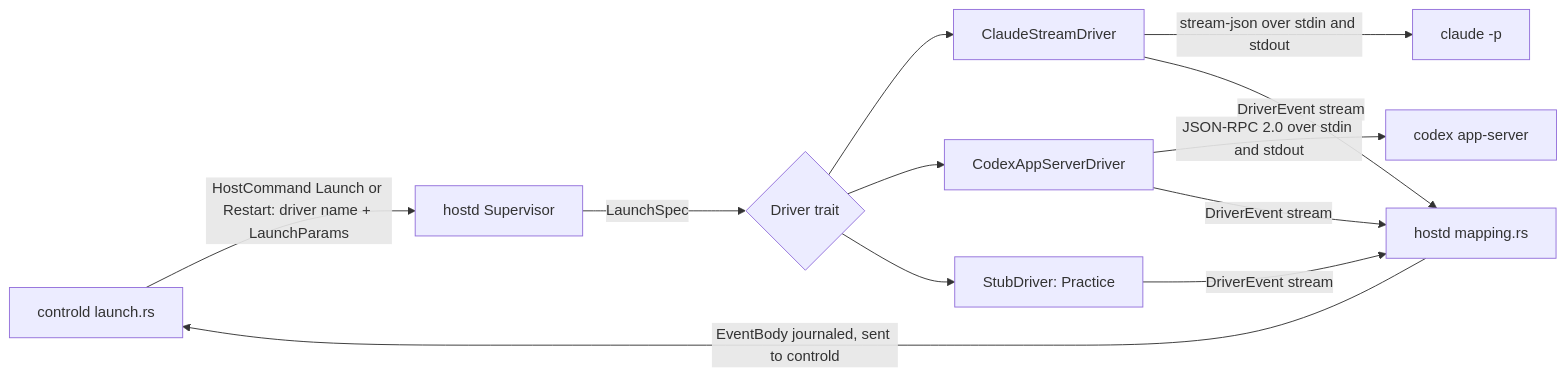
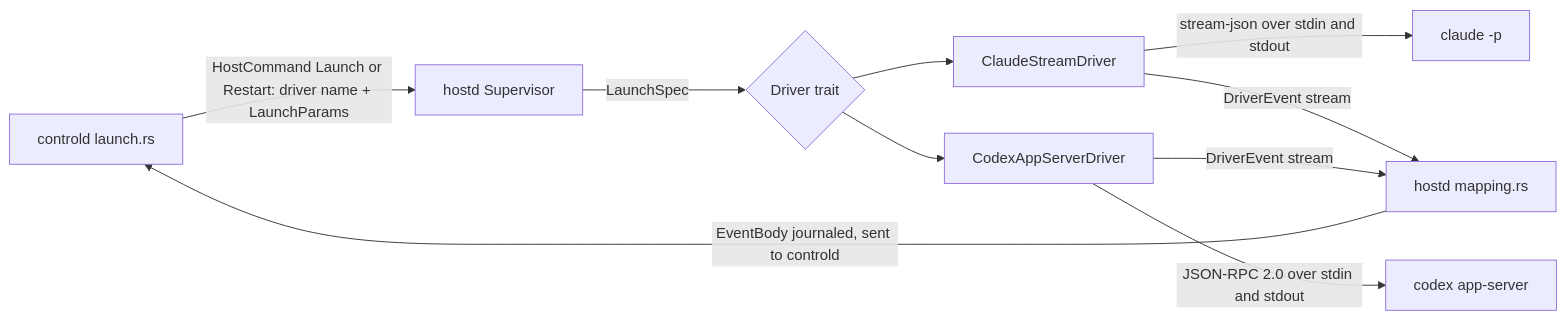
Before and after one commit to Sculptured/Sculptured: the first of 4 diagrams in docs/internals/drivers.md, drawn with Mermaid. The commit also changed other lines of this file and 31 other files, not shown here.

````diff
--- a/docs/internals/drivers.md
+++ b/docs/internals/drivers.md
@@ -17,14 +17,12 @@
 ```mermaid
 flowchart LR
   C["controld launch.rs"] -- "HostCommand Launch or Restart: driver name + LaunchParams" --> S["hostd Supervisor"]
   S -- "LaunchSpec" --> D{"Driver trait"}
   D --> CL["ClaudeStreamDriver"]
   D --> CX["CodexAppServerDriver"]
-  D --> ST["StubDriver: Practice"]
   CL -- "stream-json over stdin and stdout" --> P1["claude -p"]
   CX -- "JSON-RPC 2.0 over stdin and stdout" --> P2["codex app-server"]
   CL -- "DriverEvent stream" --> M["hostd mapping.rs"]
   CX -- "DriverEvent stream" --> M
-  ST -- "DriverEvent stream" --> M
   M -- "EventBody journaled, sent to controld" --> C
 ```
````
